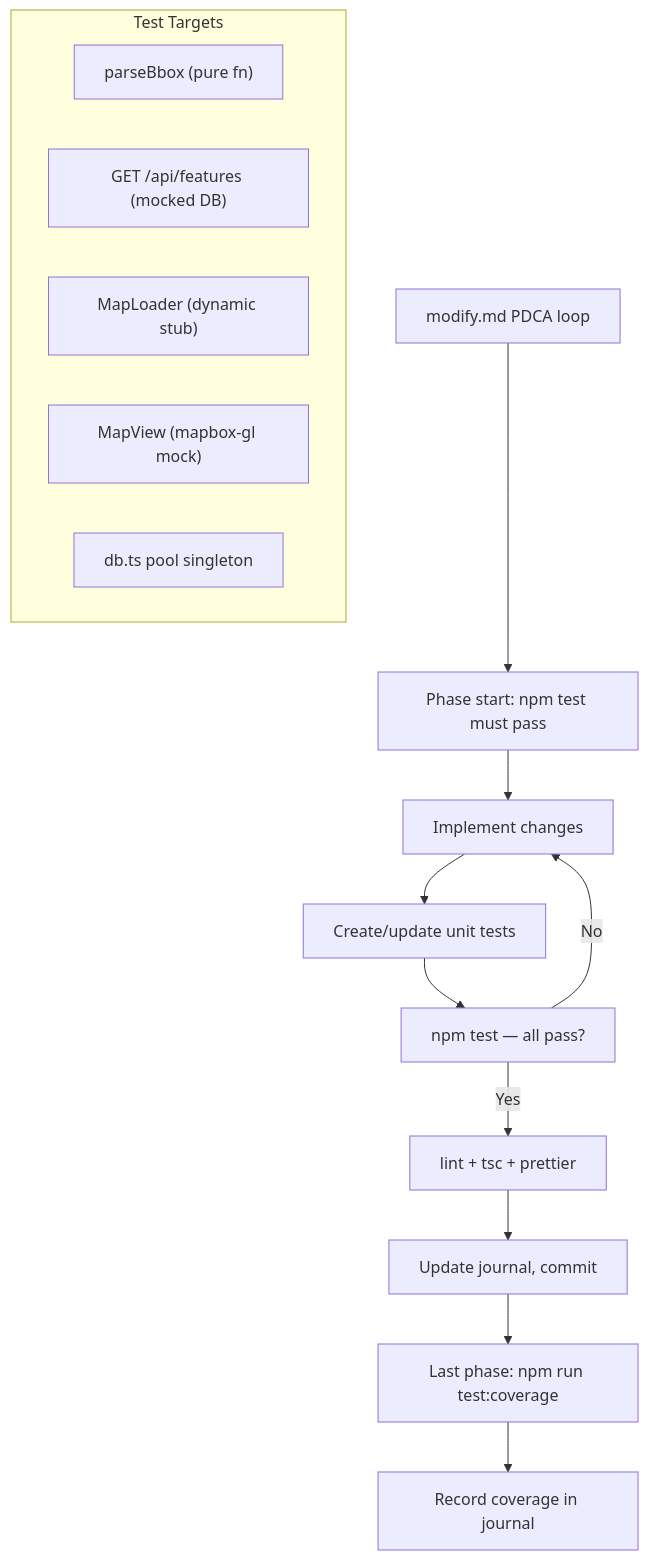
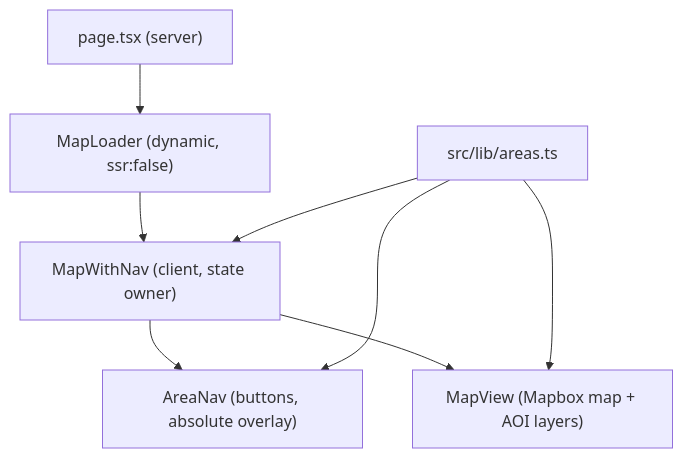
Before and after one commit to Hylje5000/aurora: the first of 2 diagrams in MODIFICATION_DESIGN.md, drawn with Mermaid. The commit also changed other lines of this file and 3 other files, not shown here.

First line of the commit message:
feat(areas): add AOI data module with Lappi, Karjala, and Turku definitions

````diff
--- a/MODIFICATION_DESIGN.md
+++ b/MODIFICATION_DESIGN.md
@@ -147,20 +54,10 @@
 ```mermaid
-flowchart TD
-    A["modify.md PDCA loop"] --> B["Phase start: npm test must pass"]
-    B --> C["Implement changes"]
-    C --> D["Create/update unit tests"]
-    D --> E["npm test — all pass?"]
-    E -->|No| C
-    E -->|Yes| F["lint + tsc + prettier"]
-    F --> G["Update journal, commit"]
-    G --> H["Last phase: npm run test:coverage"]
-    H --> I["Record coverage in journal"]
-
-    subgraph "Test Targets"
-        T1["parseBbox (pure fn)"]
-        T2["GET /api/features (mocked DB)"]
-        T3["MapLoader (dynamic stub)"]
-        T4["MapView (mapbox-gl mock)"]
-        T5["db.ts pool singleton"]
-    end
+graph TD
+    A["page.tsx (server)"] --> B["MapLoader (dynamic, ssr:false)"]
+    B --> C["MapWithNav (client, state owner)"]
+    C --> D["AreaNav (buttons, absolute overlay)"]
+    C --> E["MapView (Mapbox map + AOI layers)"]
+    F["src/lib/areas.ts"] --> C
+    F --> D
+    F --> E
 ```
````
